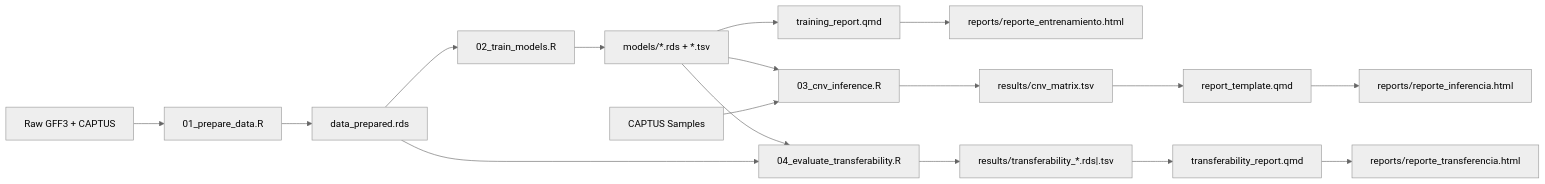
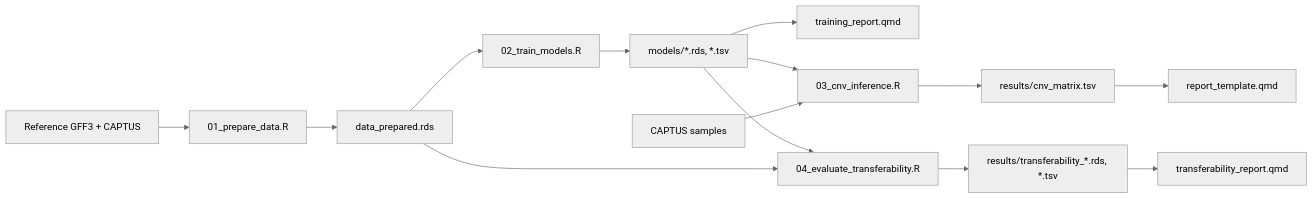
The diagram in README.md (xyzdiego/TargetCNV-ML), drawn with Mermaid (neutral theme) before and after one commit. The commit also changed other lines of this file and 3 other files, not shown here.

````diff
--- a/README.md
+++ b/README.md
@@ -31,19 +26,16 @@
 ```mermaid
 flowchart LR
-    A["Raw GFF3 + CAPTUS"] --> B["01_prepare_data.R"]
+    A["Reference GFF3 + CAPTUS"] --> B["01_prepare_data.R"]
     B --> C["data_prepared.rds"]
     C --> D["02_train_models.R"]
-    D --> E["models/*.rds + *.tsv"]
+    D --> E["models/*.rds, *.tsv"]
     E --> I["training_report.qmd"]
-    I --> J["reports/reporte_entrenamiento.html"]
     E --> F["03_cnv_inference.R"]
-    G["CAPTUS Samples"] --> F
+    G["CAPTUS samples"] --> F
     F --> H["results/cnv_matrix.tsv"]
     H --> K["report_template.qmd"]
-    K --> L["reports/reporte_inferencia.html"]
     E --> M["04_evaluate_transferability.R"]
     C --> M
-    M --> N["results/transferability_*.rds|.tsv"]
+    M --> N["results/transferability_*.rds, *.tsv"]
     N --> O["transferability_report.qmd"]
-    O --> P["reports/reporte_transferencia.html"]
 ```
````
